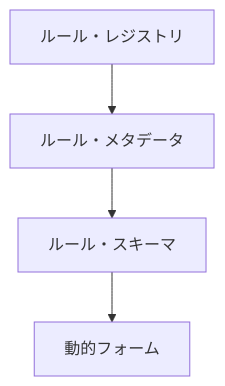
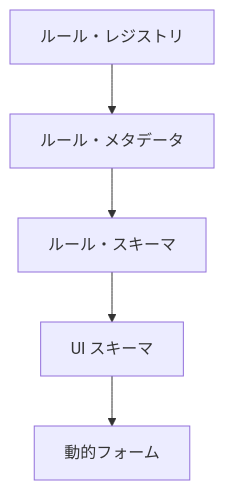
The first of 4 diagrams in docsMod/core_api.md (stein2nd/docs-linter), drawn with Mermaid before and after one commit. The commit also changed other lines of this file, not shown here.

````diff
--- a/docsMod/core_api.md
+++ b/docsMod/core_api.md
@@ -683,6 +855,7 @@
 ```mermaid
 flowchart TD
   A["ルール・レジストリ"] --> B["ルール・メタデータ"]
   B --> C["ルール・スキーマ"]
-  C --> D["動的フォーム"]
+  C --> D["UI スキーマ"]
+  D --> E["動的フォーム"]
 ```
````
